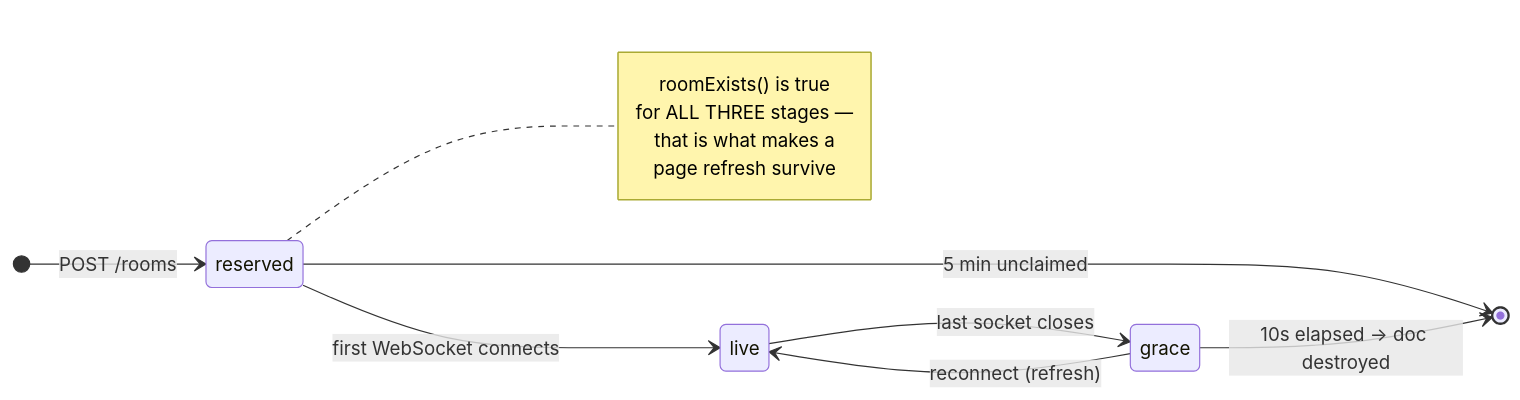
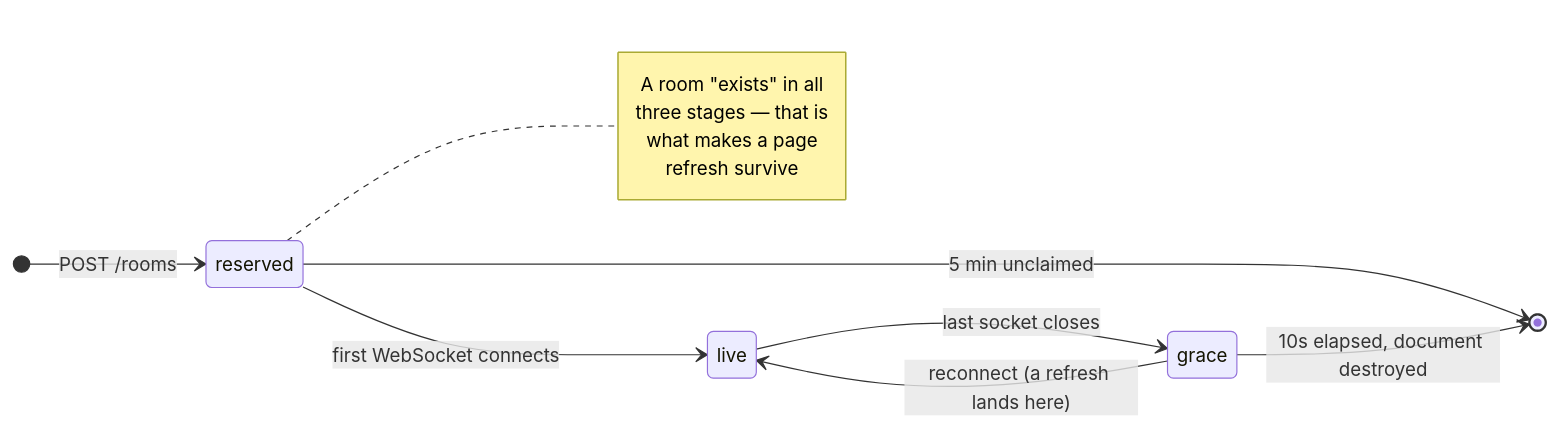
The second of 3 diagrams in README.md (Naman830/CollabrativeCodeEditor), drawn with Mermaid before and after one commit. The commit also changed other lines of this file and 5 other files, not shown here.

````diff
--- a/README.md
+++ b/README.md
@@ -277,17 +345,17 @@
 ```mermaid
 stateDiagram-v2
     direction LR
     [*] --> reserved: POST /rooms
     reserved --> live: first WebSocket connects
     reserved --> [*]: 5 min unclaimed
     live --> grace: last socket closes
-    grace --> live: reconnect (refresh)
-    grace --> [*]: 10s elapsed → doc destroyed
+    grace --> live: reconnect (a refresh lands here)
+    grace --> [*]: 10s elapsed, document destroyed
 
     note right of reserved
-        roomExists() is true
-        for ALL THREE stages —
-        that is what makes a
-        page refresh survive
+        A room "exists" in all
+        three stages — that is
+        what makes a page
+        refresh survive
     end note
 ```
````
